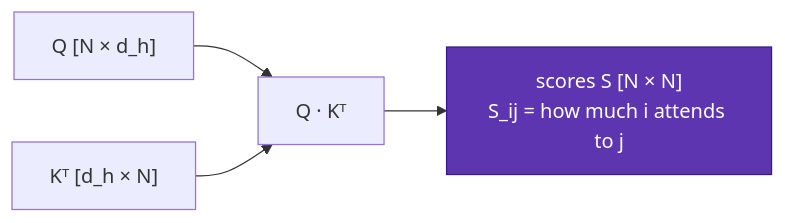
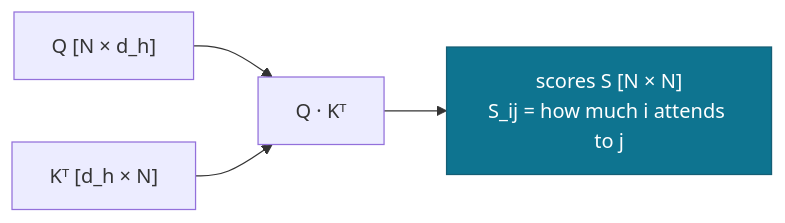
Before and after one commit to youyun8/deep-kernel-handbook: the fourth of 10 diagrams in docs/foundations/transformer-from-scratch.md, drawn with Mermaid. The commit also changed other lines of this file and 1 other file, not shown here.

Commit message:
docs: give each transformer-from-scratch diagram its own color scheme

````diff
--- a/docs/foundations/transformer-from-scratch.md
+++ b/docs/foundations/transformer-from-scratch.md
@@ -119,8 +119,8 @@
 ```mermaid
 flowchart LR
     Q["Q [N × d_h]"] --> MM["Q · Kᵀ"]
     K["Kᵀ [d_h × N]"] --> MM
     MM --> S["scores S [N × N]<br/>S_ij = how much i attends to j"]
-    class S flagship;
-    classDef flagship fill:#5e35b1,stroke:#311b92,color:#fff;
+    class S accCyan;
+    classDef accCyan fill:#0e7490,stroke:#155e75,color:#fff;
 ```
````
